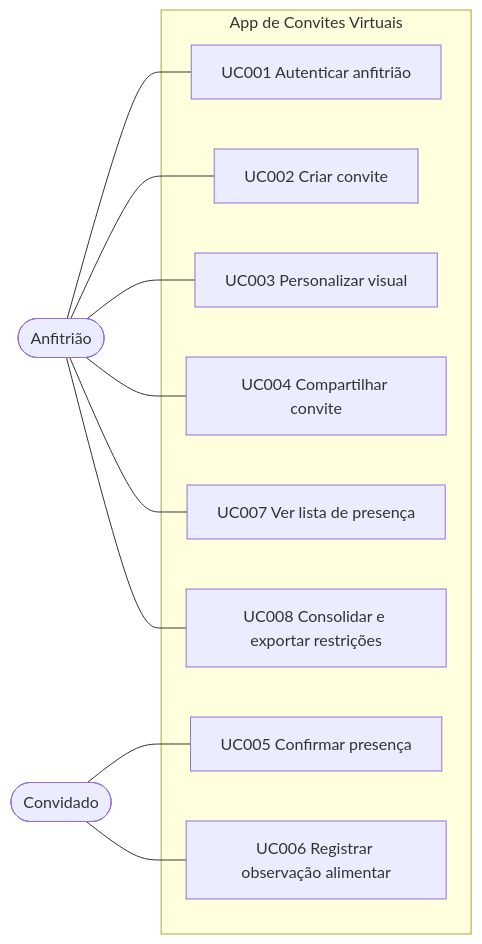
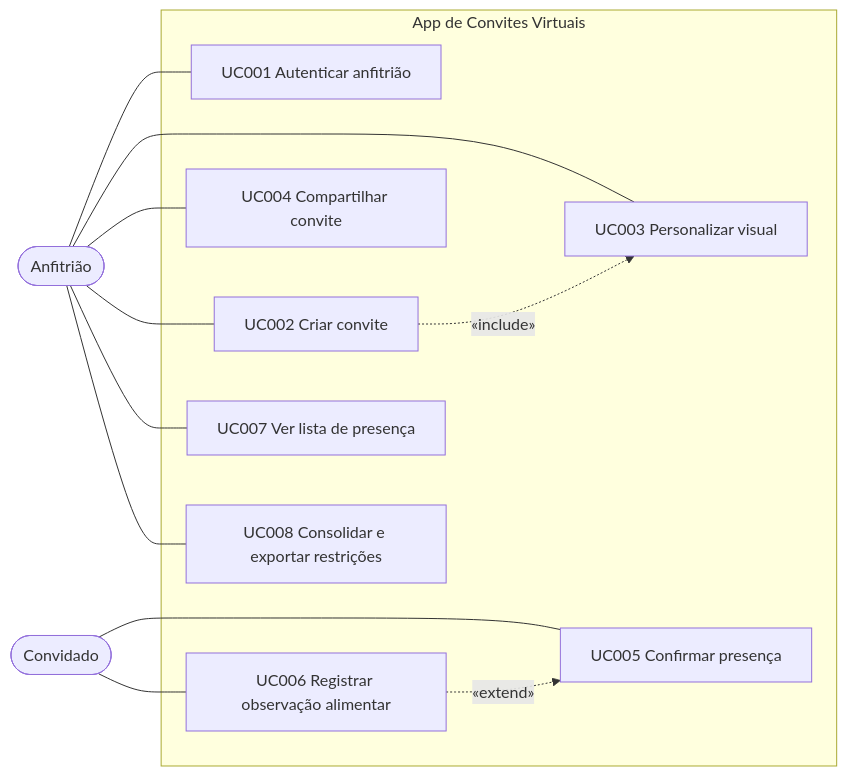
The diagram in docs/Sprints/Sprint-1/Diagrama-de-Casos-de-Uso.md (tcpassos/invite-app), drawn with Mermaid before and after one commit. The commit also changed other lines of this file and 2 other files, not shown here.

Commit message:
docs: completa os 8 casos de uso e melhora o diagrama da Sprint 1

````diff
--- a/docs/Sprints/Sprint-1/Diagrama-de-Casos-de-Uso.md
+++ b/docs/Sprints/Sprint-1/Diagrama-de-Casos-de-Uso.md
@@ -6,23 +11,25 @@
 ```mermaid
 graph LR
   Anfitriao([Anfitrião])
   Convidado([Convidado])
   subgraph Sistema[App de Convites Virtuais]
     UC001[UC001 Autenticar anfitrião]
     UC002[UC002 Criar convite]
     UC003[UC003 Personalizar visual]
     UC004[UC004 Compartilhar convite]
     UC005[UC005 Confirmar presença]
     UC006[UC006 Registrar observação alimentar]
     UC007[UC007 Ver lista de presença]
     UC008[UC008 Consolidar e exportar restrições]
   end
   Anfitriao --- UC001
   Anfitriao --- UC002
   Anfitriao --- UC003
   Anfitriao --- UC004
   Anfitriao --- UC007
   Anfitriao --- UC008
   Convidado --- UC005
   Convidado --- UC006
+  UC002 -. «include» .-> UC003
+  UC006 -. «extend» .-> UC005
 ```
````
